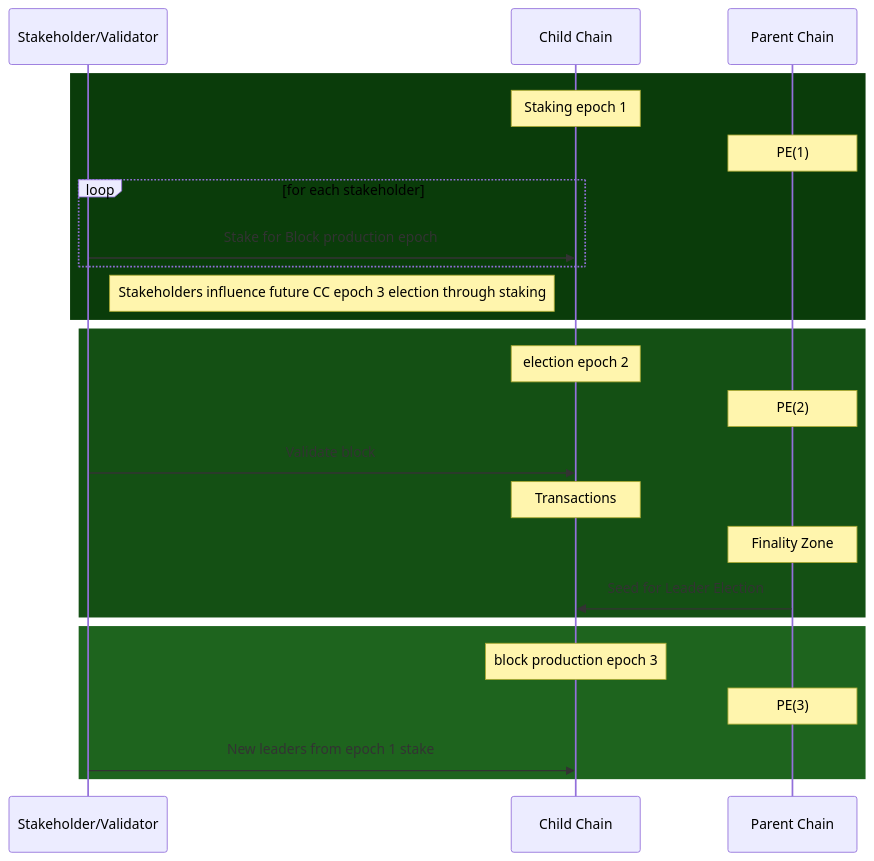
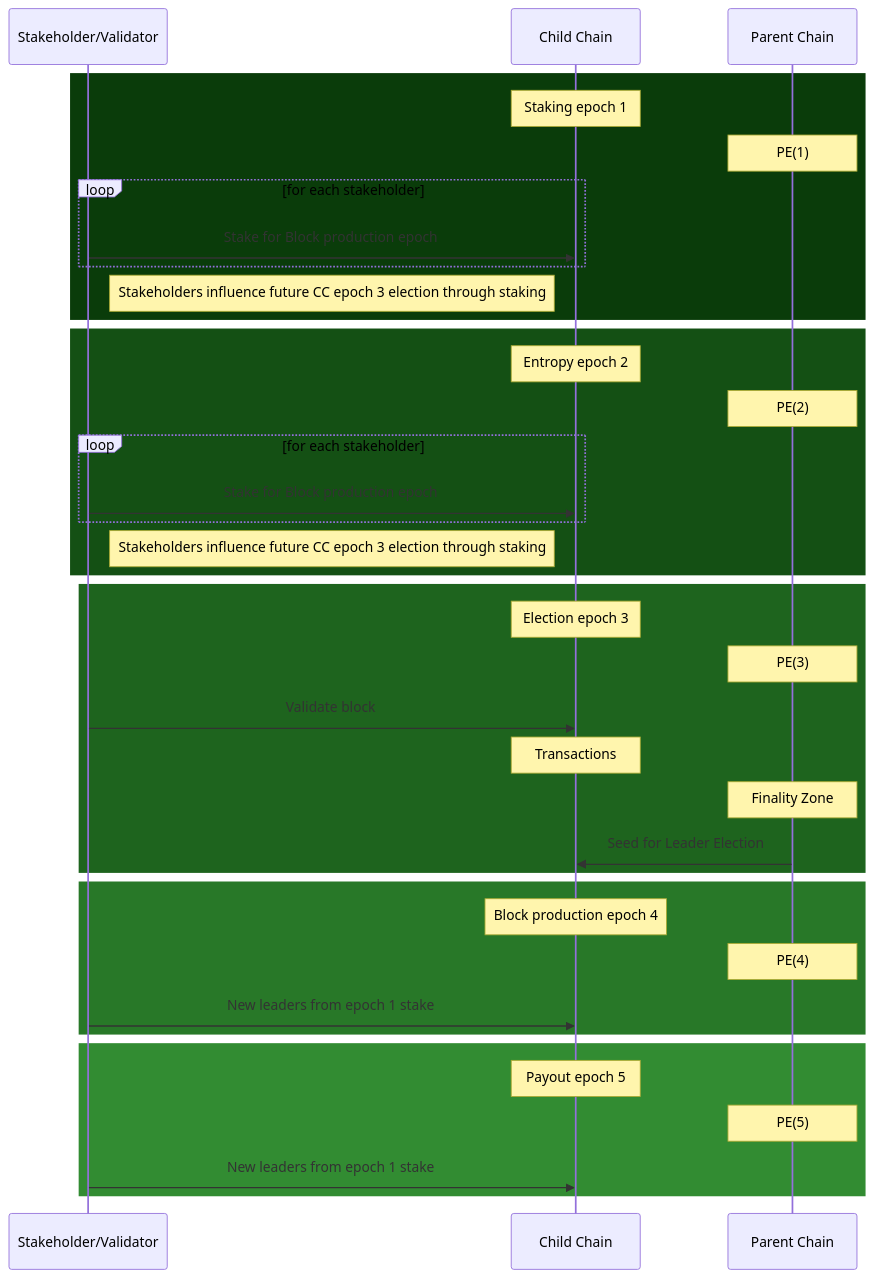
One commit to aeternity/hyperchains-whitepaper changed the first of 11 diagrams in Periodically-Syncing-HyperChains.md. Above: the diagram before and after it, drawn with Mermaid.

Commit message:
Update diagram to 5 epochs.

````diff
--- a/Periodically-Syncing-HyperChains.md
+++ b/Periodically-Syncing-HyperChains.md
@@ -167,32 +167,47 @@
 ```mermaid
 sequenceDiagram
   participant S as Stakeholder/Validator
   participant CC as Child Chain
   participant PC as Parent Chain
 
   rect rgb(10,60,10)
     note over CC: Staking epoch 1
     note over PC: PE(1)
       loop for each stakeholder
         S->>CC: Stake for Block production epoch
     end
     Note left of CC: Stakeholders influence future CC epoch 3 election through staking
   end
 
   rect rgb(20,80,20)
-    note over CC: election epoch 2
+    note over CC: Entropy epoch 2
     note over PC: PE(2)
+      loop for each stakeholder
+        S->>CC: Stake for Block production epoch
+    end
+    Note left of CC: Stakeholders influence future CC epoch 3 election through staking
+  end
+
+  rect rgb(30,100,30)
+    note over CC: Election epoch 3
+    note over PC: PE(3)
     S->>CC: Validate block
     note over CC: Transactions
     Note over PC: Finality Zone
     PC->>CC: Seed for Leader Election
  end
 
- rect rgb(30,100,30)
-  note over CC: block production epoch 3
-  note over PC: PE(3)
+ rect rgb(40,120,40)
+  note over CC: Block production epoch 4
+  note over PC: PE(4)
+  S->>CC: New leaders from epoch 1 stake
+ end
+
+ rect rgb(50,140,50)
+  note over CC: Payout epoch 5
+  note over PC: PE(5)
   S->>CC: New leaders from epoch 1 stake
 
 end
 
 ```
````
